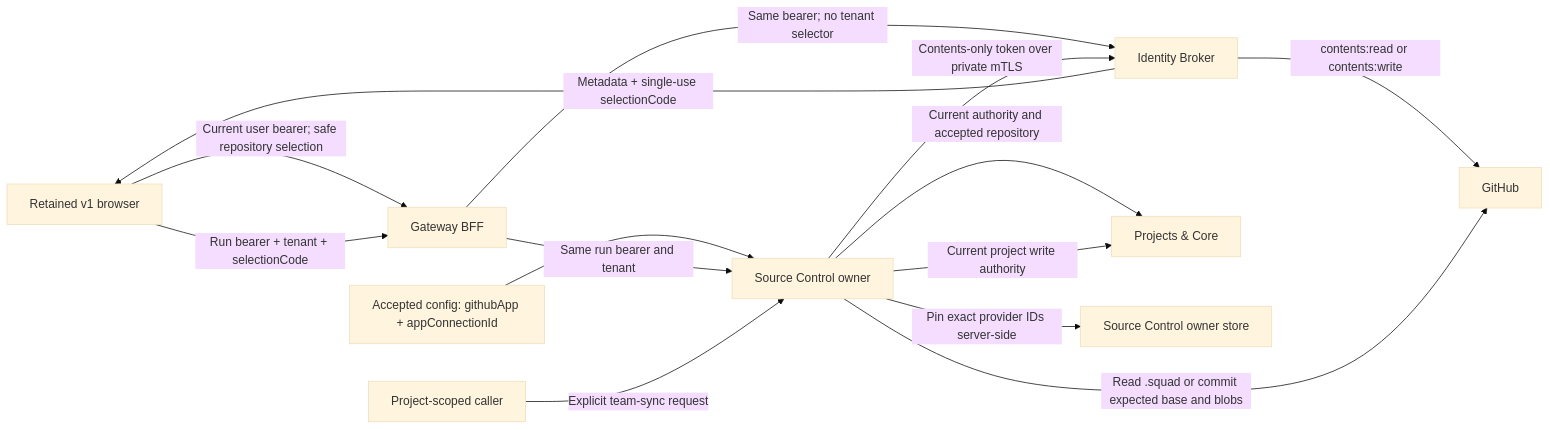
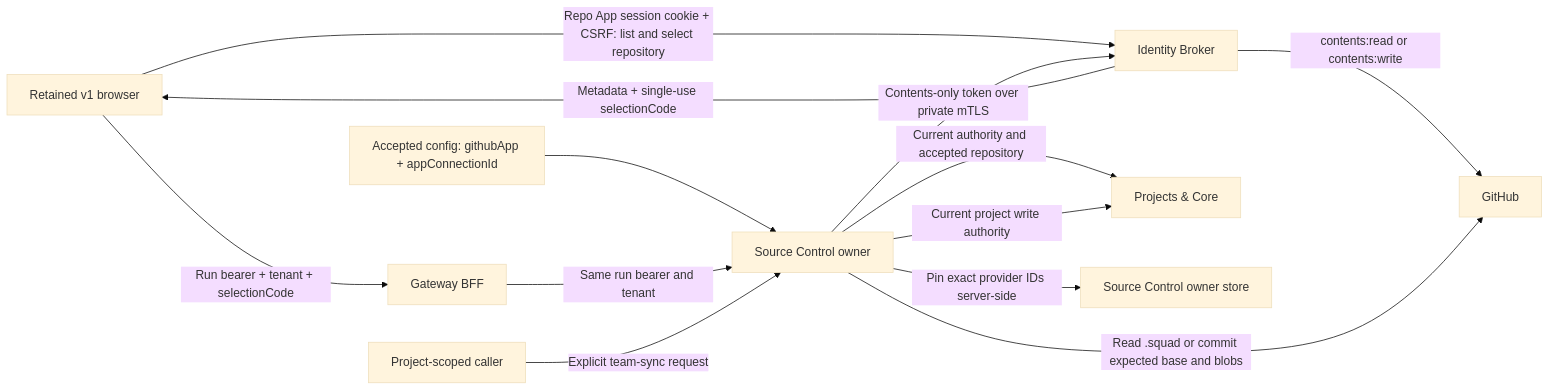
The sixth of 6 diagrams in docs/architecture/design/provider-seams.md (sabbour/agentweaver), drawn with Mermaid (base theme) before and after one commit. The commit also changed 21 other files, not shown here.

First line of the commit message:
fix: fence repository team sync identity

````diff
--- a/docs/architecture/design/provider-seams.md
+++ b/docs/architecture/design/provider-seams.md
@@ -1235,24 +1235,23 @@
 ```mermaid
 flowchart LR
     Browser["Retained v1 browser"]
     Gateway["Gateway BFF"]
     Identity["Identity Broker"]
     Config["Accepted config: githubApp + appConnectionId"]
     Source["Source Control owner"]
     Core["Projects & Core"]
     Store["Source Control owner store"]
     ProjectUser["Project-scoped caller"]
-    Browser -->|"Current user bearer; safe repository selection"| Gateway
-    Gateway -->|"Same bearer; no tenant selector"| Identity
+    Browser -->|"Repo App session cookie + CSRF: list and select repository"| Identity
     Identity -->|"Metadata + single-use selectionCode"| Browser
     Config --> Source
     Browser -->|"Run bearer + tenant + selectionCode"| Gateway
     Gateway -->|"Same run bearer and tenant"| Source
     Source -->|"Current authority and accepted repository"| Core
     Source -->|"Pin exact provider IDs server-side"| Store
     ProjectUser -->|"Explicit team-sync request"| Source
     Source -->|"Current project write authority"| Core
     Source -->|"Contents-only token over private mTLS"| Identity
     Identity -->|"contents:read or contents:write"| GitHub
     Source -->|"Read .squad or commit expected base and blobs"| GitHub
 ```
````
